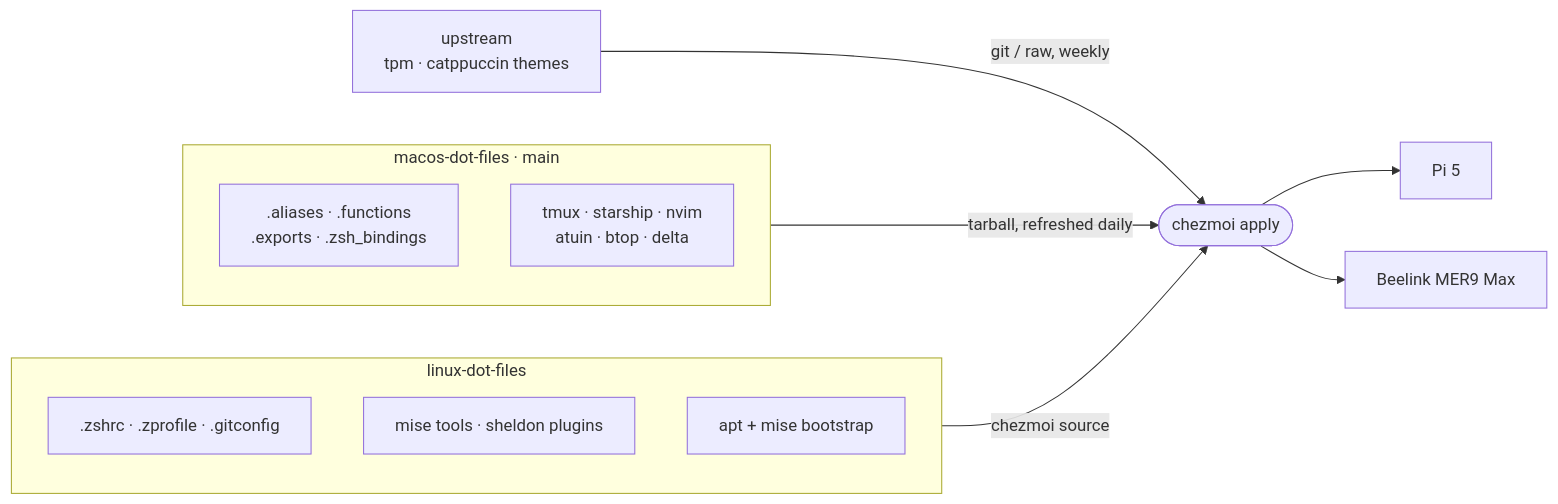
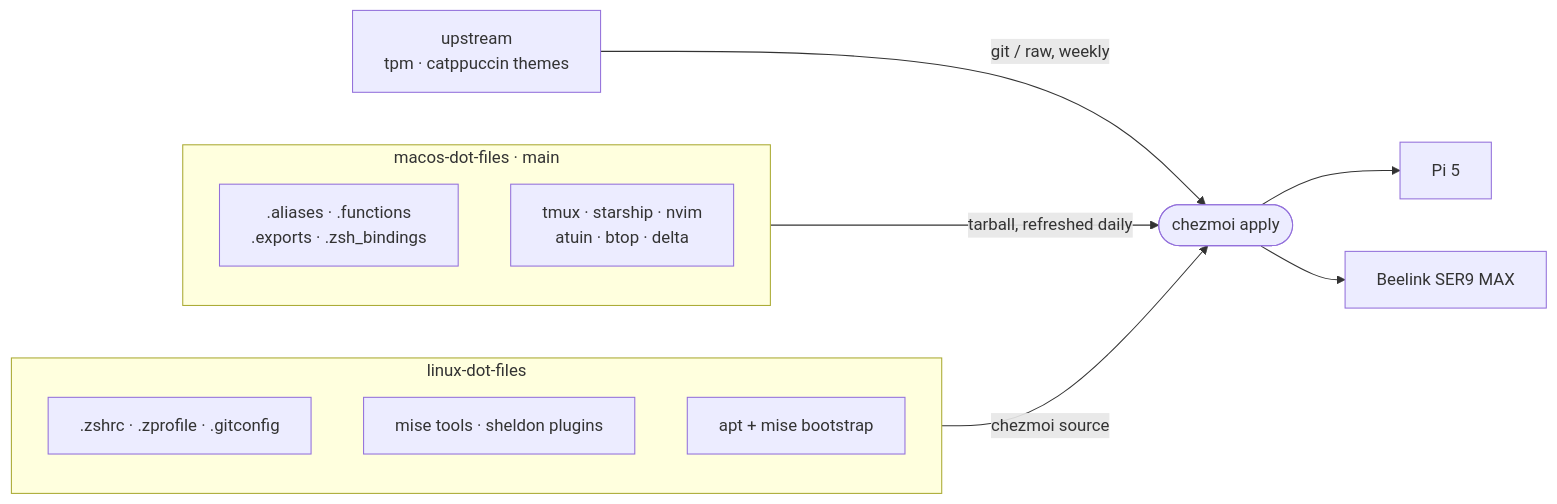
One commit to seifscape/linux-dot-files changed the diagram in README.md. Above: the diagram before and after it, drawn with Mermaid. The commit also changed other lines of this file, not shown here.

Commit message:
README: correct model to Beelink SER9 MAX, add machine specs

````diff
--- a/README.md
+++ b/README.md
@@ -78,19 +78,19 @@
 ```mermaid
 flowchart LR
     subgraph mac["macos-dot-files · main"]
         direction TB
         A[".aliases · .functions<br/>.exports · .zsh_bindings"]
         B["tmux · starship · nvim<br/>atuin · btop · delta"]
     end
     subgraph linux["linux-dot-files"]
         direction TB
         C[".zshrc · .zprofile · .gitconfig"]
         D["mise tools · sheldon plugins"]
         E["apt + mise bootstrap"]
     end
     U["upstream<br/>tpm · catppuccin themes"]
     mac -- "tarball, refreshed daily" --> S
     linux -- "chezmoi source" --> S
     U -- "git / raw, weekly" --> S
-    S(["chezmoi apply"]) --> P["Pi 5"] & M["Beelink MER9 Max"]
+    S(["chezmoi apply"]) --> P["Pi 5"] & M["Beelink SER9 MAX"]
 ```
````
